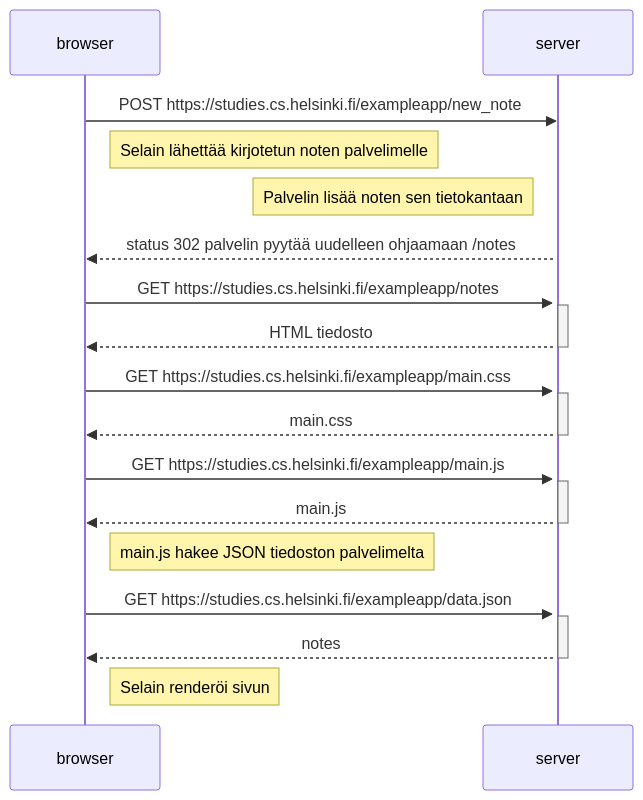
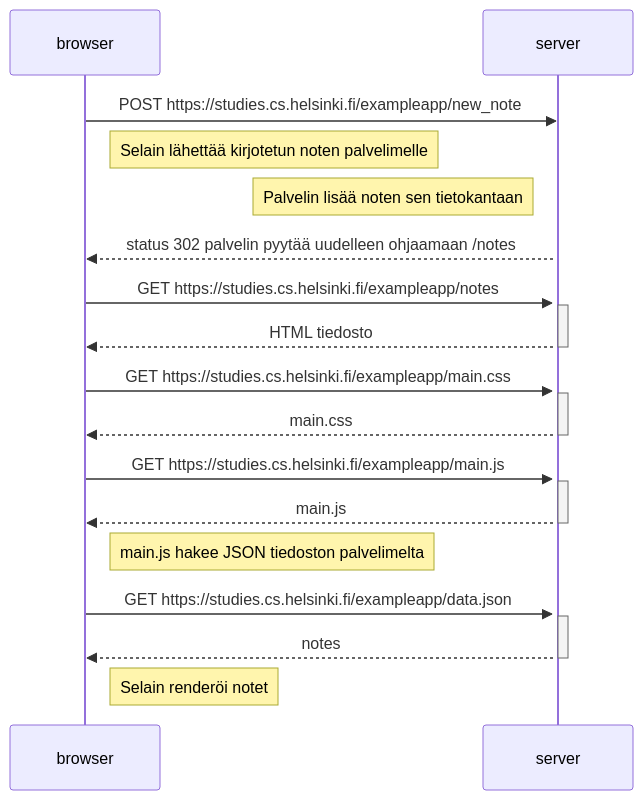
The diagram in osa0/0.4.md (ThePikefish/FullStack-palautukset), drawn with Mermaid before and after one commit.

````diff
--- a/osa0/0.4.md
+++ b/osa0/0.4.md
@@ -1,36 +1,36 @@
 ```mermaid
 sequenceDiagram
     participant browser
     participant server
 
     browser->>server: POST https://studies.cs.helsinki.fi/exampleapp/new_note
     activate server
     Note right of browser: Selain lähettää kirjotetun noten palvelimelle
     Note left of server: Palvelin lisää noten sen tietokantaan
     server-->>browser: status 302 palvelin pyytää uudelleen ohjaamaan /notes
 
     browser->>server: GET https://studies.cs.helsinki.fi/exampleapp/notes
     activate server
     server-->>browser: HTML tiedosto
     deactivate server
     
     browser->>server: GET https://studies.cs.helsinki.fi/exampleapp/main.css
     activate server
     server-->>browser: main.css
     deactivate server
     
     browser->>server: GET https://studies.cs.helsinki.fi/exampleapp/main.js
     activate server
     server-->>browser: main.js
     deactivate server
     
     Note right of browser: main.js hakee JSON tiedoston palvelimelta
     
     browser->>server: GET https://studies.cs.helsinki.fi/exampleapp/data.json
     activate server
     server-->>browser: notes
     deactivate server
 
-    Note right of browser: Selain renderöi sivun
+    Note right of browser: Selain renderöi notet
 
 ```
````
